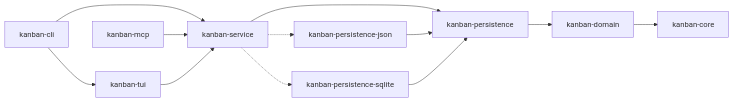
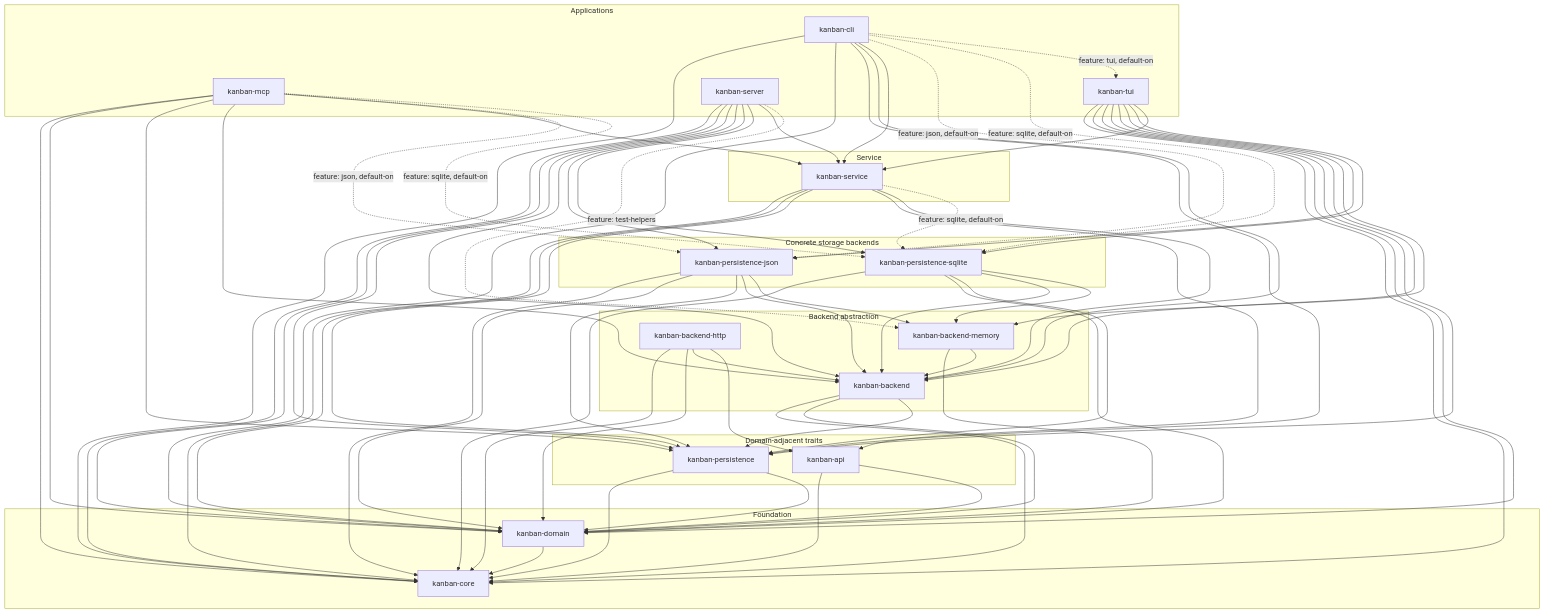
One commit to kanban-rs/kanban changed the diagram in README.md. Above: the diagram before and after it, drawn with Mermaid. The commit also changed other lines of this file and 15 other files, not shown here.

First line of the commit message:
docs: add architecture READMEs with dependency diagrams for the workspace and crates

````diff
--- a/README.md
+++ b/README.md
@@ -328,14 +357,98 @@
 ```mermaid
-graph LR
-    CLI[kanban-cli] --> TUI[kanban-tui]
-    CLI --> SVC[kanban-service]
-    MCP[kanban-mcp] --> SVC
+graph TD
+    subgraph "Foundation"
+        CORE[kanban-core]
+        DOM[kanban-domain]
+    end
+    subgraph "Domain-adjacent traits"
+        API[kanban-api]
+        PER[kanban-persistence]
+    end
+    subgraph "Backend abstraction"
+        BE[kanban-backend]
+        BEMEM[kanban-backend-memory]
+        BEHTTP[kanban-backend-http]
+    end
+    subgraph "Concrete storage backends"
+        JSON[kanban-persistence-json]
+        SQL[kanban-persistence-sqlite]
+    end
+    subgraph "Service"
+        SVC[kanban-service]
+    end
+    subgraph "Applications"
+        CLI[kanban-cli]
+        MCP[kanban-mcp]
+        TUI[kanban-tui]
+        SRV[kanban-server]
+    end
+
+    DOM --> CORE
+    API --> CORE
+    API --> DOM
+    PER --> CORE
+    PER --> DOM
+
+    BE --> CORE
+    BE --> DOM
+    BE --> PER
+    BEMEM --> DOM
+    BEMEM --> BE
+    BEHTTP --> CORE
+    BEHTTP --> DOM
+    BEHTTP --> BE
+    BEHTTP --> API
+
+    JSON --> CORE
+    JSON --> DOM
+    JSON --> PER
+    JSON --> BE
+    JSON --> BEMEM
+    SQL --> CORE
+    SQL --> DOM
+    SQL --> PER
+    SQL --> BE
+    SQL --> BEMEM
+
+    SVC --> CORE
+    SVC --> DOM
+    SVC --> PER
+    SVC --> API
+    SVC --> BE
+    SVC -.->|feature: sqlite, default-on| SQL
+
+    CLI --> CORE
+    CLI --> DOM
+    CLI --> PER
+    CLI --> BE
+    CLI --> SVC
+    CLI -.->|feature: json, default-on| JSON
+    CLI -.->|feature: sqlite, default-on| SQL
+    CLI -.->|feature: tui, default-on| TUI
+
+    MCP --> CORE
+    MCP --> DOM
+    MCP --> PER
+    MCP --> BE
+    MCP --> SVC
+    MCP -.->|feature: json, default-on| JSON
+    MCP -.->|feature: sqlite, default-on| SQL
+
+    TUI --> CORE
+    TUI --> DOM
+    TUI --> PER
+    TUI --> BE
+    TUI --> BEMEM
+    TUI --> JSON
+    TUI --> SQL
     TUI --> SVC
-    SVC --> PER[kanban-persistence]
-    SVC -.-> JSON[kanban-persistence-json]
-    SVC -.-> SQL[kanban-persistence-sqlite]
-    JSON --> PER
-    SQL --> PER
-    PER --> DOM[kanban-domain]
-    DOM --> CORE[kanban-core]
+
+    SRV --> CORE
+    SRV --> DOM
+    SRV --> PER
+    SRV --> BE
+    SRV --> JSON
+    SRV --> SQL
+    SRV --> SVC
+    SRV -.->|feature: test-helpers| BEMEM
 ```
````
